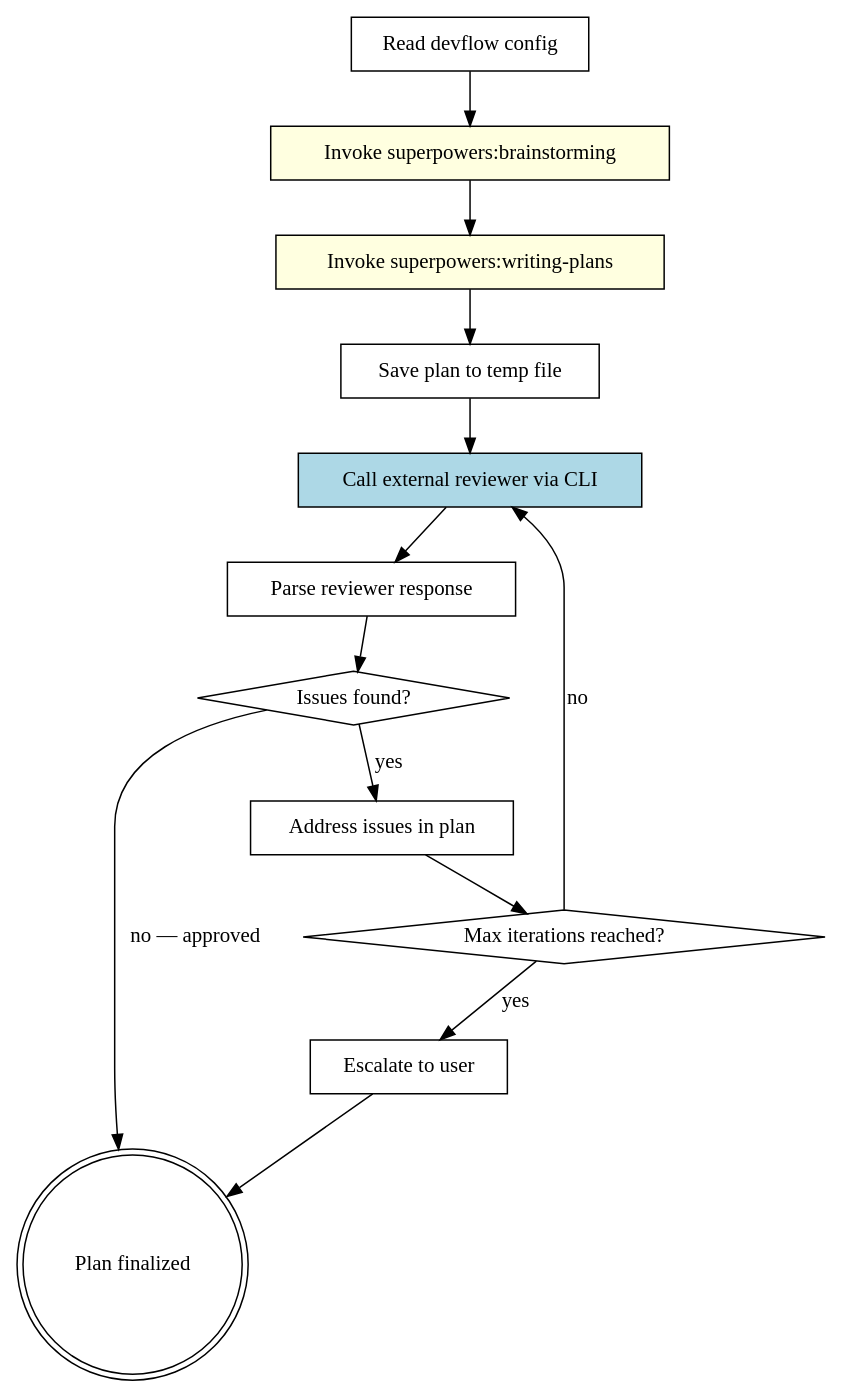
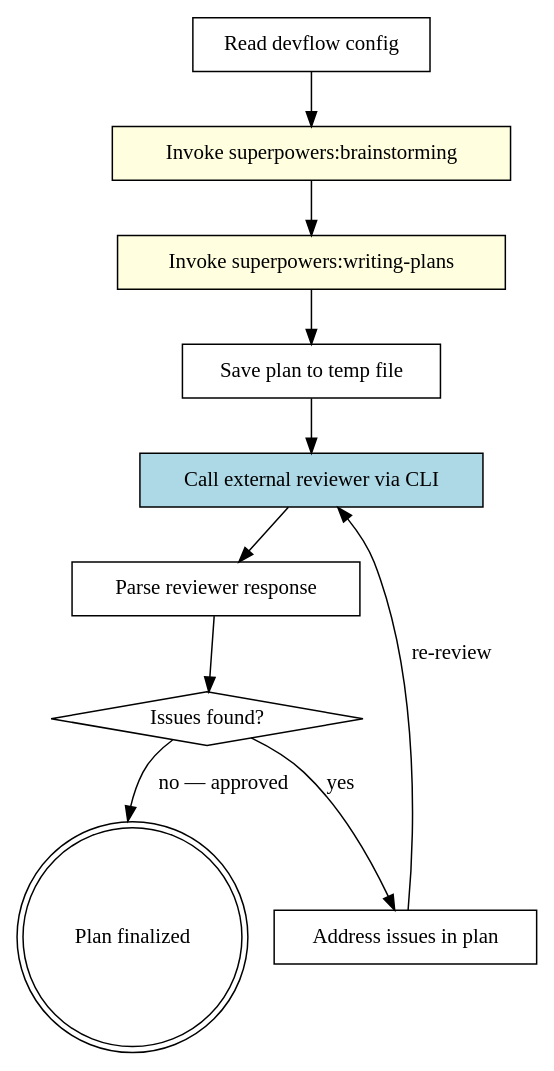
The diagram in skills/devflow-plan/SKILL.md (yuriykuzin/devflow), drawn with Graphviz before and after one commit. The commit also changed other lines of this file and 25 other files, not shown here.

First line of the commit message:
fix: address cross-tool review — scope guards, test honesty, drop iteration cap

````diff
--- a/skills/devflow-plan/SKILL.md
+++ b/skills/devflow-plan/SKILL.md
@@ -24,28 +24,23 @@
 ```dot
 digraph plan {
     "Read devflow config" [shape=box];
     "Invoke superpowers:brainstorming" [shape=box style=filled fillcolor=lightyellow];
     "Invoke superpowers:writing-plans" [shape=box style=filled fillcolor=lightyellow];
     "Save plan to temp file" [shape=box];
     "Call external reviewer via CLI" [shape=box style=filled fillcolor=lightblue];
     "Parse reviewer response" [shape=box];
     "Issues found?" [shape=diamond];
     "Address issues in plan" [shape=box];
-    "Max iterations reached?" [shape=diamond];
-    "Escalate to user" [shape=box];
     "Plan finalized" [shape=doublecircle];
 
     "Read devflow config" -> "Invoke superpowers:brainstorming";
     "Invoke superpowers:brainstorming" -> "Invoke superpowers:writing-plans";
     "Invoke superpowers:writing-plans" -> "Save plan to temp file";
     "Save plan to temp file" -> "Call external reviewer via CLI";
     "Call external reviewer via CLI" -> "Parse reviewer response";
     "Parse reviewer response" -> "Issues found?";
     "Issues found?" -> "Address issues in plan" [label="yes"];
-    "Address issues in plan" -> "Max iterations reached?";
-    "Max iterations reached?" -> "Escalate to user" [label="yes"];
-    "Max iterations reached?" -> "Call external reviewer via CLI" [label="no"];
-    "Escalate to user" -> "Plan finalized";
+    "Address issues in plan" -> "Call external reviewer via CLI" [label="re-review"];
     "Issues found?" -> "Plan finalized" [label="no — approved"];
 }
 ```
````
